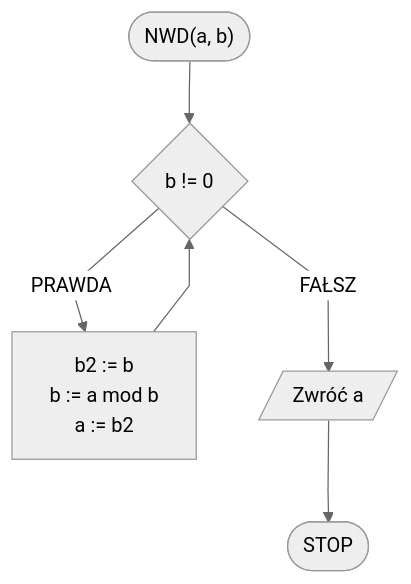
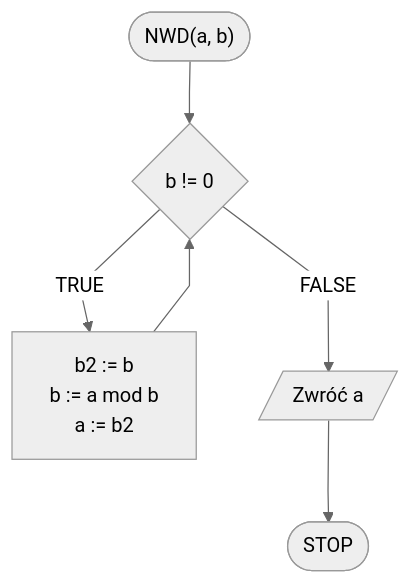
One commit to blackbat13/edu-cs-htiew-en changed the second of 3 diagrams in docs/algorithms/integers/gcd.md. Above: the diagram before and after it, drawn with Mermaid. The commit also changed other lines of this file and 682 other files, not shown here.

````diff
--- a/docs/algorithms/integers/gcd.md
+++ b/docs/algorithms/integers/gcd.md
@@ -175,11 +175,11 @@
 ```mermaid
 %%{init: {"flowchart": {"curve": "linear"}, "theme": "neutral"} }%%
 flowchart TD
 	START(["NWD(a, b)"]) --> K1{b != 0}
-	K1 -- PRAWDA --> K2["b2 := b
+	K1 -- TRUE --> K2["b2 := b
 	b := a mod b
 	a := b2"]
 	K2 --> K1
-	K1 -- FAŁSZ --> K5[/Zwróć a/]
+	K1 -- FALSE --> K5[/Zwróć a/]
 	K5 --> STOP([STOP])
 ```
````
